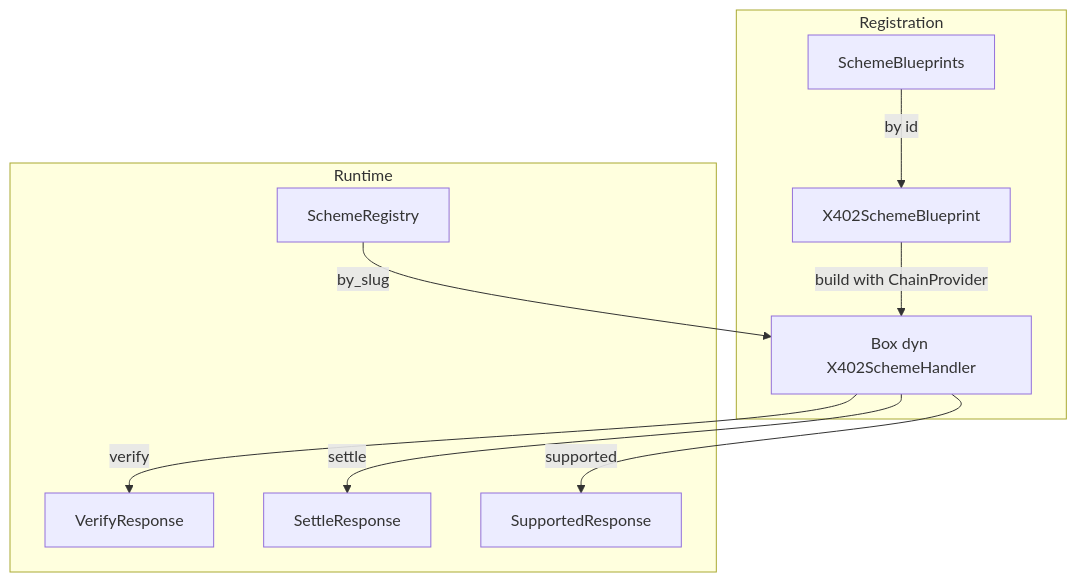
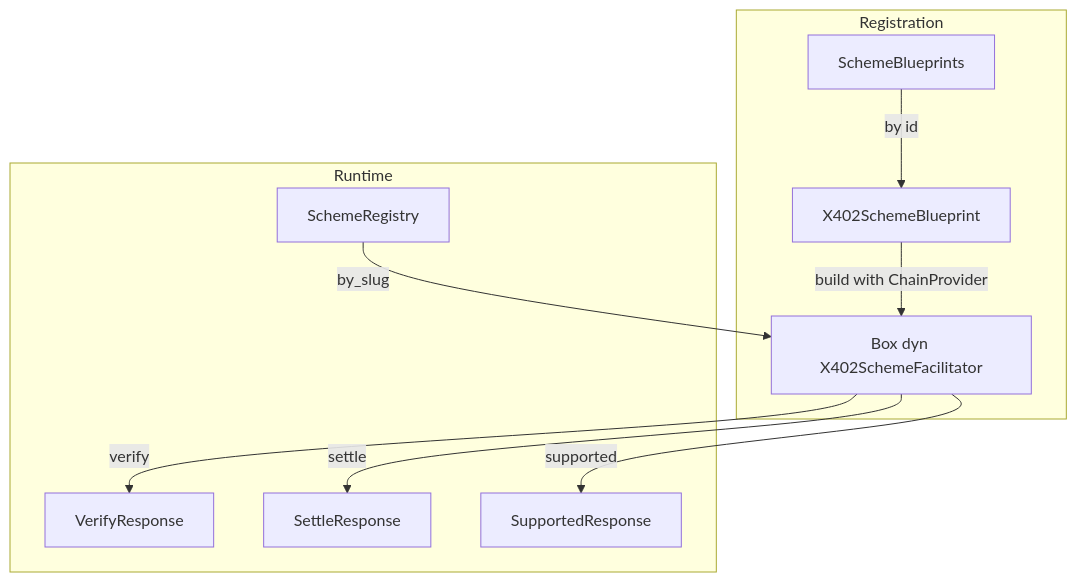
The diagram in docs/how-to-write-a-scheme.md (x402-rs/x402-rs), drawn with Mermaid before and after one commit. The commit also changed other lines of this file, not shown here.

First line of the commit message:
docs(scheme): update guide to reflect trait reorganization

````diff
--- a/docs/how-to-write-a-scheme.md
+++ b/docs/how-to-write-a-scheme.md
@@ -26,14 +26,14 @@
 ```mermaid
 flowchart TB
     subgraph Registration
         SB[SchemeBlueprints] -->|by id| BP[X402SchemeBlueprint]
-        BP -->|build with ChainProvider| H[Box dyn X402SchemeHandler]
+        BP -->|build with ChainProvider| H[Box dyn X402SchemeFacilitator]
     end
     
     subgraph Runtime
         SR[SchemeRegistry] -->|by_slug| H
         H -->|verify| VR[VerifyResponse]
         H -->|settle| SR2[SettleResponse]
         H -->|supported| SPR[SupportedResponse]
     end
 ```
````
